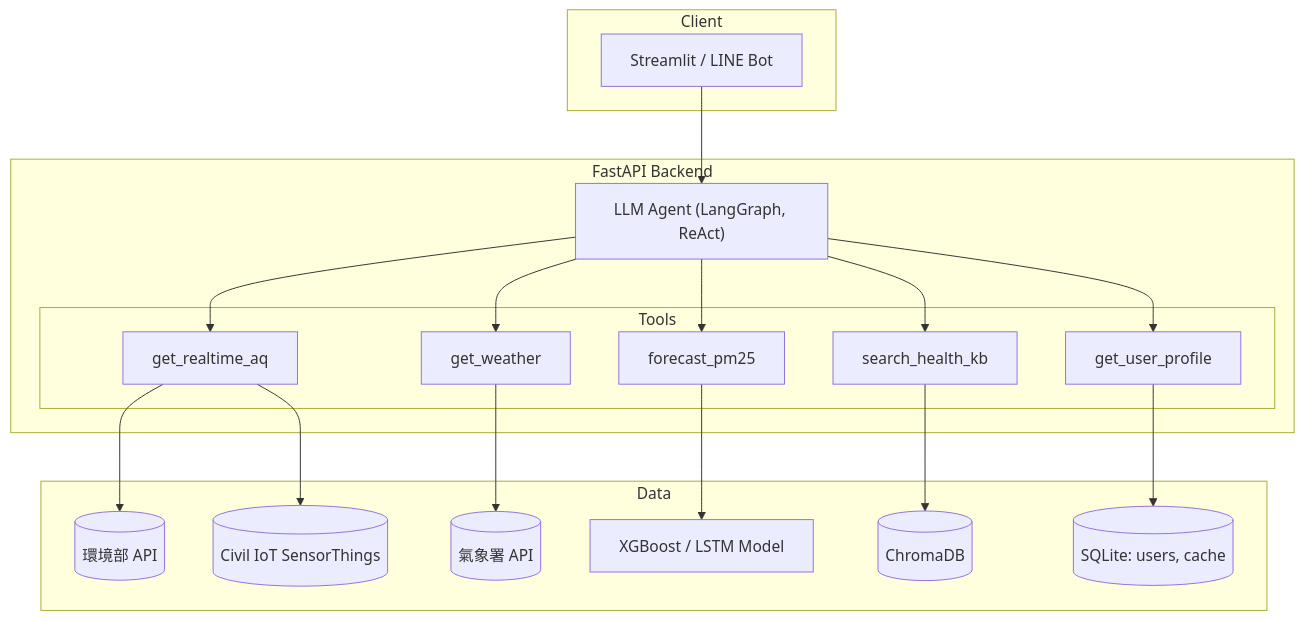
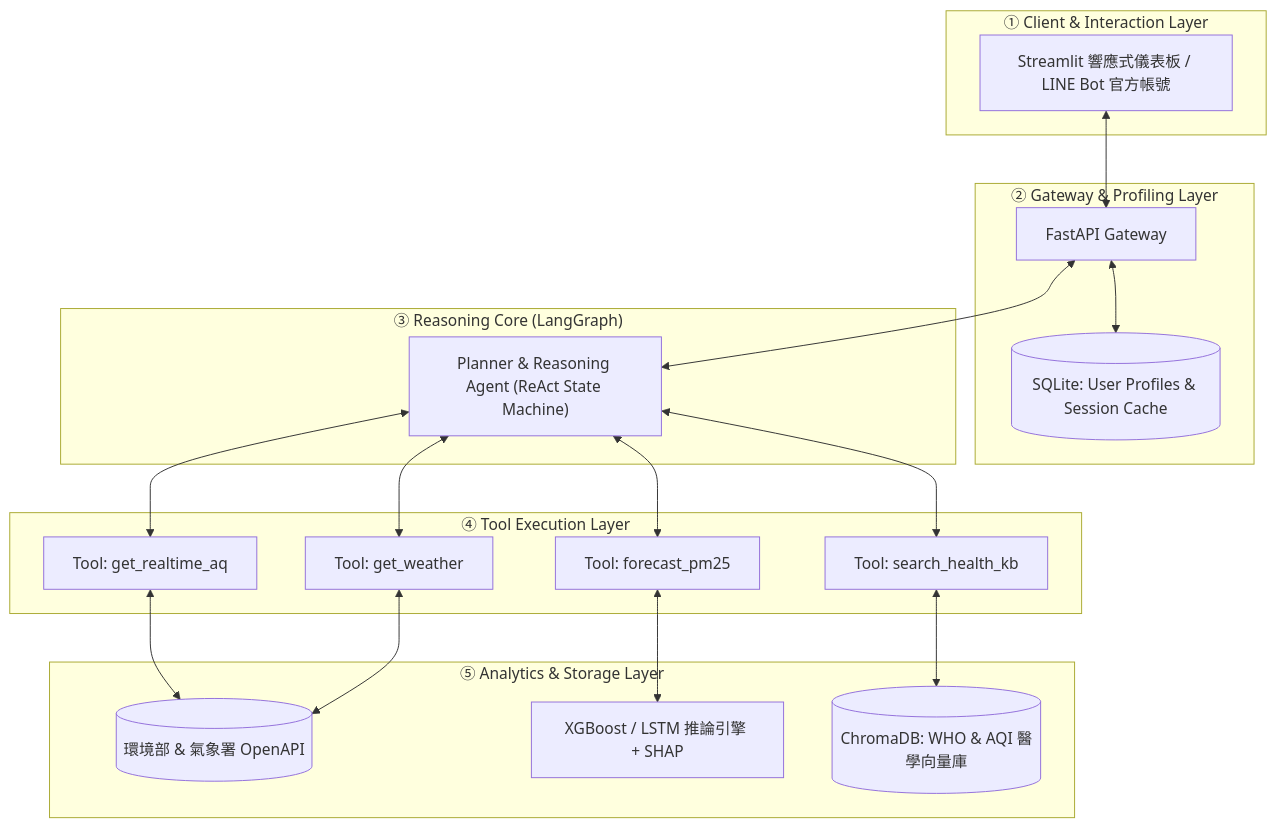
Before and after one commit to aghoniln/IOT_group_proposal: the diagram in DESIGN.md, drawn with Mermaid. The commit also changed other lines of this file and 7 other files, not shown here.

````diff
--- a/DESIGN.md
+++ b/DESIGN.md
@@ -34,31 +45,36 @@
 ```mermaid
 flowchart TB
-    subgraph Client
-        UI["Streamlit / LINE Bot"]
+    subgraph Layer1["① Client & Interaction Layer"]
+        UI["Streamlit 響應式儀表板 / LINE Bot 官方帳號"]
     end
-    subgraph Backend["FastAPI Backend"]
-        AG["LLM Agent (LangGraph, ReAct)"]
-        subgraph Tools
-            T1[get_realtime_aq]
-            T2[get_weather]
-            T3[forecast_pm25]
-            T4[search_health_kb]
-            T5[get_user_profile]
-        end
+
+    subgraph Layer2["② Gateway & Profiling Layer"]
+        GW["FastAPI Gateway"]
+        U_DB[("SQLite: User Profiles & Session Cache")]
     end
-    subgraph Data
-        API1[("環境部 API")]
-        API2[("Civil IoT SensorThings")]
-        API3[("氣象署 API")]
-        ML["XGBoost / LSTM Model"]
-        VDB[("ChromaDB")]
-        DB[("SQLite: users, cache")]
+
+    subgraph Layer3["③ Reasoning Core (LangGraph)"]
+        AGENT["Planner & Reasoning Agent (ReAct State Machine)"]
     end
-    UI --> AG
-    AG --> T1 & T2 & T3 & T4 & T5
-    T1 --> API1 & API2
-    T2 --> API3
-    T3 --> ML
-    T4 --> VDB
-    T5 --> DB
+
+    subgraph Layer4["④ Tool Execution Layer"]
+        T_AQ["Tool: get_realtime_aq"]
+        T_WX["Tool: get_weather"]
+        T_FC["Tool: forecast_pm25"]
+        T_KB["Tool: search_health_kb"]
+    end
+
+    subgraph Layer5["⑤ Analytics & Storage Layer"]
+        EXT_API[("環境部 & 氣象署 OpenAPI")]
+        ML_ENG["XGBoost / LSTM 推論引擎 + SHAP"]
+        V_DB[("ChromaDB: WHO & AQI 醫學向量庫")]
+    end
+
+    UI <--> GW
+    GW <--> U_DB
+    GW <--> AGENT
+    AGENT <--> T_AQ & T_WX & T_FC & T_KB
+    T_AQ & T_WX <--> EXT_API
+    T_FC <--> ML_ENG
+    T_KB <--> V_DB
 ```
````
